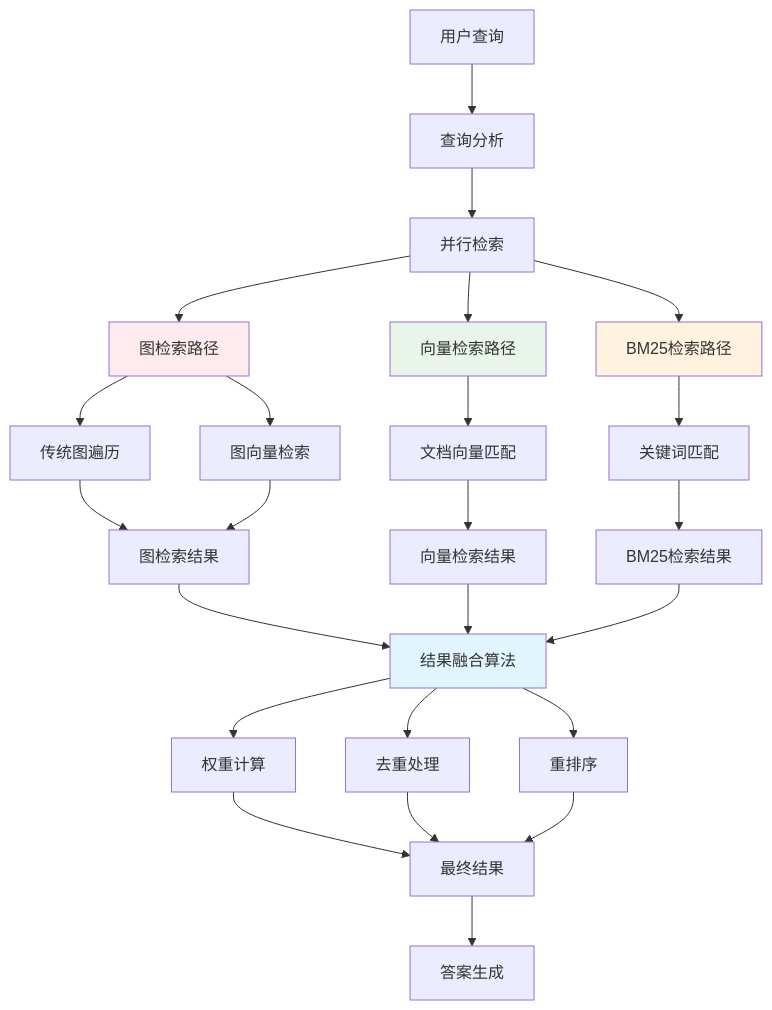
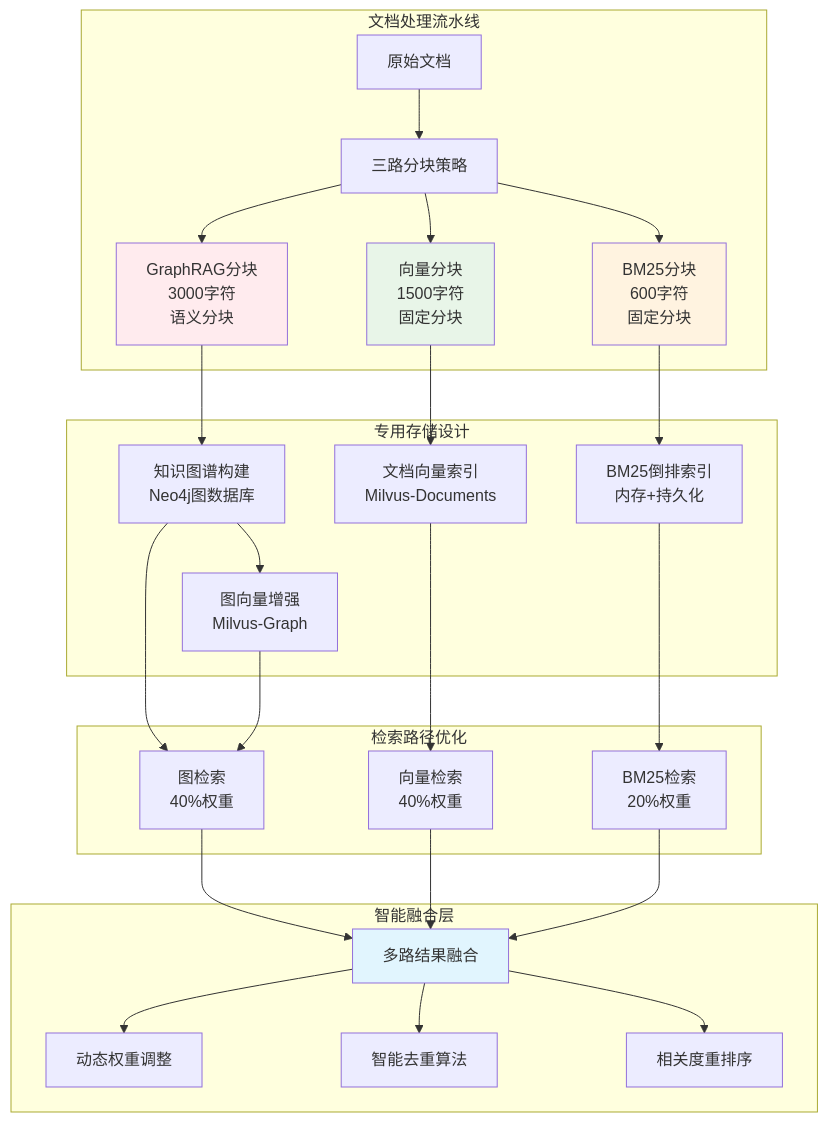
The ninth of 14 diagrams in README.md (DemonDamon/AgenticX-GraphRAG), drawn with Mermaid before and after one commit. The commit also changed other lines of this file, not shown here.

````diff
--- a/README.md
+++ b/README.md
@@ -499,40 +626,40 @@
 ```mermaid
-graph TD
-    A[用户查询] --> B[查询分析]
+graph TB
+    subgraph "文档处理流水线"
+        A[原始文档] --> B[三路分块策略]
+        
+        B --> C1[GraphRAG分块<br/>3000字符<br/>语义分块]
+        B --> C2[向量分块<br/>1500字符<br/>固定分块]
+        B --> C3[BM25分块<br/>600字符<br/>固定分块]
+    end
     
-    B --> C[并行检索]
+    subgraph "专用存储设计"
+        C1 --> D1[知识图谱构建<br/>Neo4j图数据库]
+        C2 --> D2[文档向量索引<br/>Milvus-Documents]
+        C3 --> D3[BM25倒排索引<br/>内存+持久化]
+        
+        D1 --> E1[图向量增强<br/>Milvus-Graph]
+    end
     
-    C --> D[图检索路径]
-    C --> E[向量检索路径]
-    C --> F[BM25检索路径]
+    subgraph "检索路径优化"
+        D1 --> F1[图检索<br/>40%权重]
+        D2 --> F2[向量检索<br/>40%权重]
+        D3 --> F3[BM25检索<br/>20%权重]
+        E1 --> F1
+    end
     
-    D --> D1[传统图遍历]
-    D --> D2[图向量检索]
-    D1 --> D3[图检索结果]
-    D2 --> D3
+    subgraph "智能融合层"
+        F1 --> G[多路结果融合]
+        F2 --> G
+        F3 --> G
+        
+        G --> H[动态权重调整]
+        G --> I[智能去重算法]
+        G --> J[相关度重排序]
+    end
     
-    E --> E1[文档向量匹配]
-    E1 --> E2[向量检索结果]
-    
-    F --> F1[关键词匹配]
-    F1 --> F2[BM25检索结果]
-    
-    D3 --> G[结果融合算法]
-    E2 --> G
-    F2 --> G
-    
-    G --> H[权重计算]
-    G --> I[去重处理]
-    G --> J[重排序]
-    
-    H --> K[最终结果]
-    I --> K
-    J --> K
-    
-    K --> L[答案生成]
-    
-    style D fill:#ffebee
-    style E fill:#e8f5e8
-    style F fill:#fff3e0
+    style C1 fill:#ffebee
+    style C2 fill:#e8f5e8
+    style C3 fill:#fff3e0
     style G fill:#e1f5fe
 ```
````
